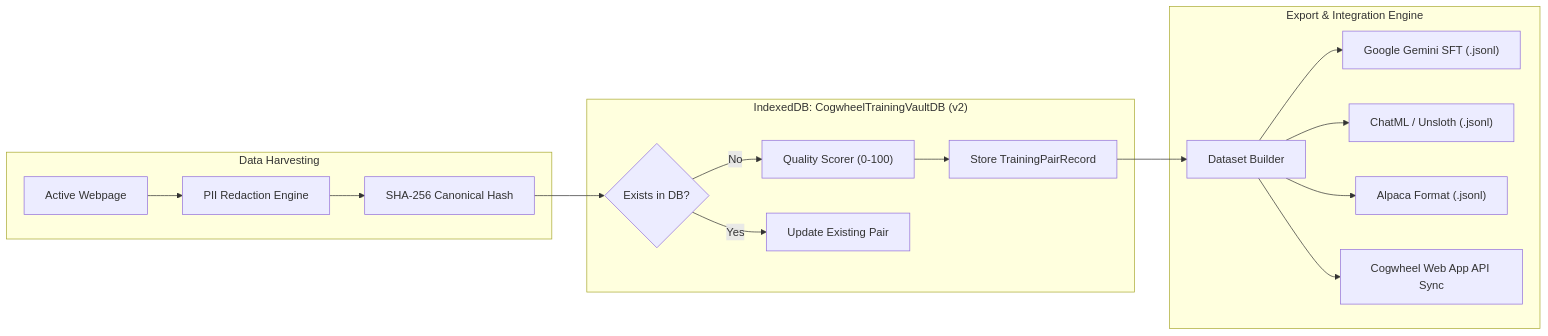
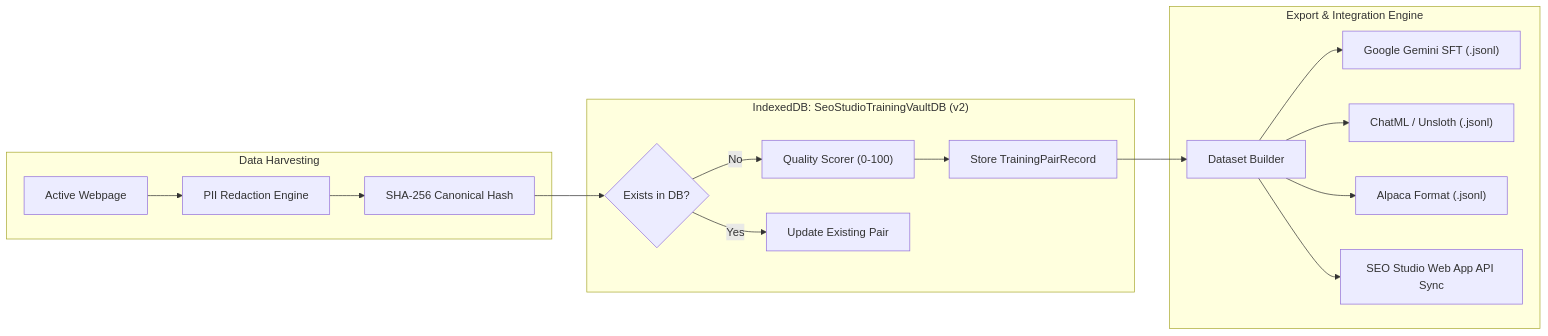
One commit to nurunnobejisan/Cogwheel-SEO-Templates changed the third of 5 diagrams in docs/ARCHITECTURE.md. Above: the diagram before and after it, drawn with Mermaid. The commit also changed other lines of this file and 310 other files, not shown here.

````diff
--- a/docs/ARCHITECTURE.md
+++ b/docs/ARCHITECTURE.md
@@ -219,22 +219,22 @@
 ```mermaid
 flowchart LR
     subgraph Capture ["Data Harvesting"]
         DOMScan["Active Webpage"] --> PiiSanitizer["PII Redaction Engine"]
         PiiSanitizer --> HashCalc["SHA-256 Canonical Hash"]
     end
 
-    subgraph VaultDB ["IndexedDB: CogwheelTrainingVaultDB (v2)"]
+    subgraph VaultDB ["IndexedDB: SeoStudioTrainingVaultDB (v2)"]
         HashCalc --> Deduplication{"Exists in DB?"}
         Deduplication -->|"No"| QualityScorer["Quality Scorer (0-100)"]
         Deduplication -->|"Yes"| UpdateRecord["Update Existing Pair"]
         QualityScorer --> StoreRecord["Store TrainingPairRecord"]
     end
 
     subgraph ExportSync ["Export & Integration Engine"]
         StoreRecord --> Formatter["Dataset Builder"]
         Formatter --> GeminiSFT["Google Gemini SFT (.jsonl)"]
         Formatter --> ChatMLSFT["ChatML / Unsloth (.jsonl)"]
         Formatter --> AlpacaSFT["Alpaca Format (.jsonl)"]
-        Formatter --> DirectSync["Cogwheel Web App API Sync"]
+        Formatter --> DirectSync["SEO Studio Web App API Sync"]
     end
 ```
````
